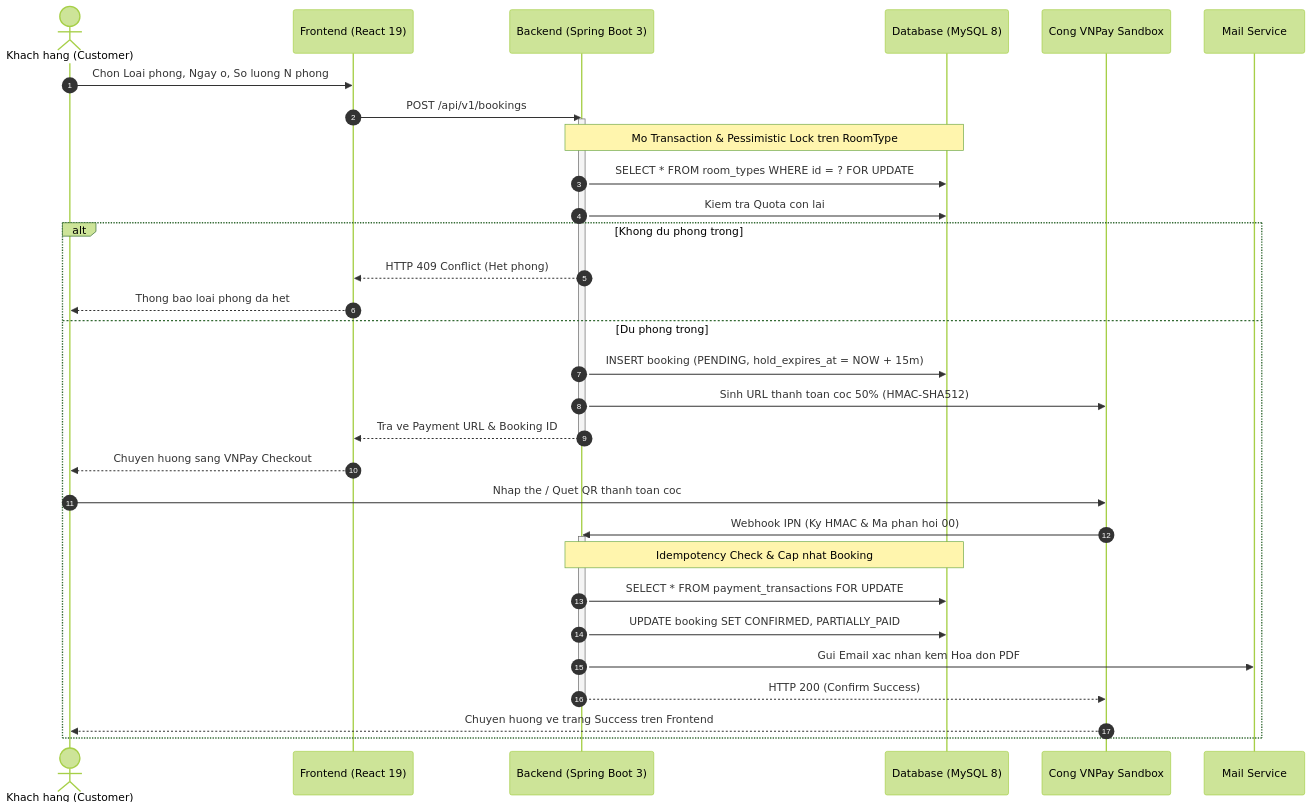
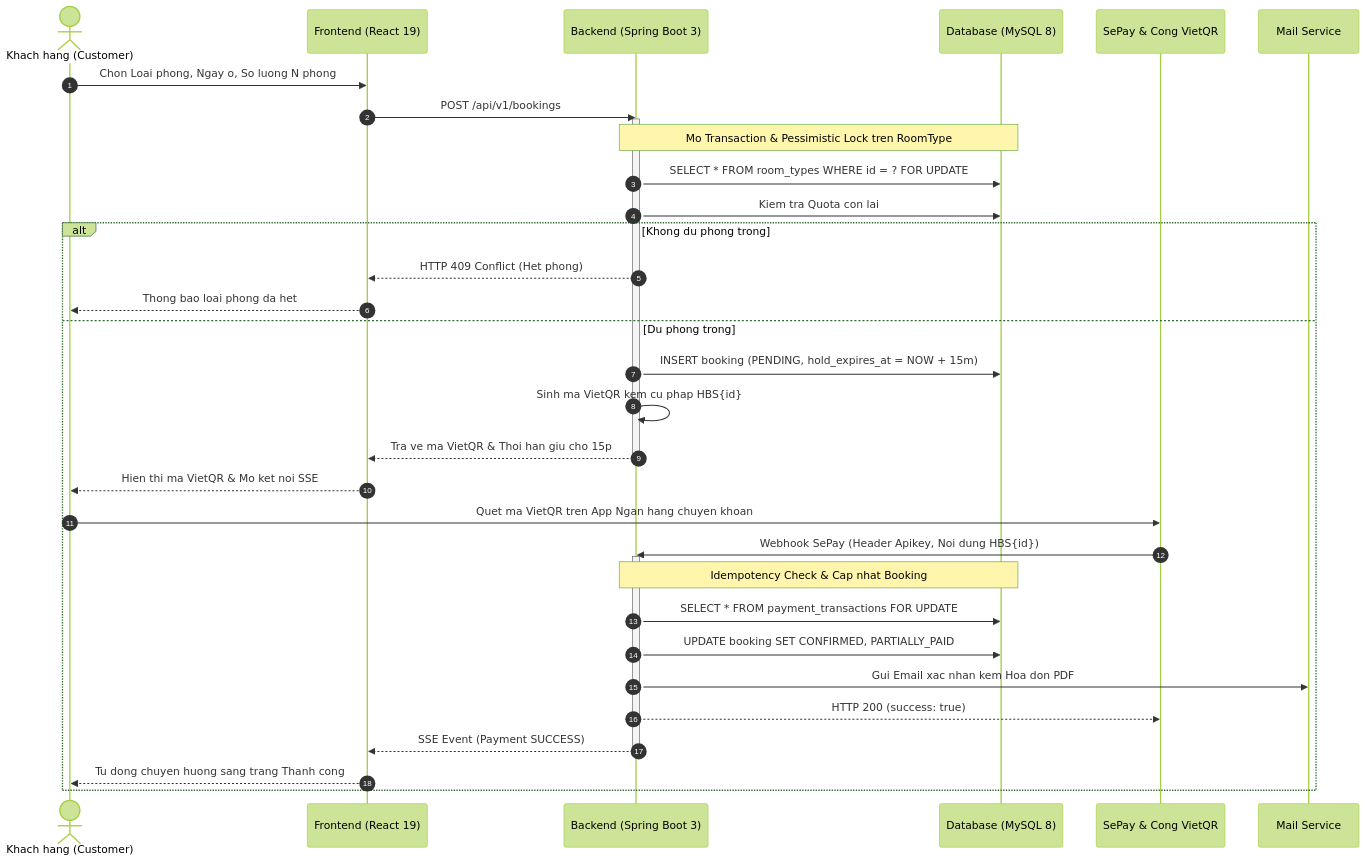
The fifth of 11 diagrams in docs/SRS.md (Huidinne/Hotel-Booking-System_HBS), drawn with Mermaid (forest theme) before and after one commit. The commit also changed other lines of this file and 4 other files, not shown here.

````diff
--- a/docs/SRS.md
+++ b/docs/SRS.md
@@ -429,37 +429,38 @@
 ```mermaid
 sequenceDiagram
     autonumber
     actor C as Khach hang (Customer)
     participant FE as Frontend (React 19)
     participant BE as Backend (Spring Boot 3)
     participant DB as Database (MySQL 8)
-    participant VN as Cong VNPay Sandbox
+    participant SP as SePay & Cong VietQR
     participant Mail as Mail Service
 
     C->>FE: Chon Loai phong, Ngay o, So luong N phong
     FE->>BE: POST /api/v1/bookings
     activate BE
     Note over BE,DB: Mo Transaction & Pessimistic Lock tren RoomType
     BE->>DB: SELECT * FROM room_types WHERE id = ? FOR UPDATE
     BE->>DB: Kiem tra Quota con lai
     alt Khong du phong trong
         BE-->>FE: HTTP 409 Conflict (Het phong)
         FE-->>C: Thong bao loai phong da het
     else Du phong trong
         BE->>DB: INSERT booking (PENDING, hold_expires_at = NOW + 15m)
-        BE->>VN: Sinh URL thanh toan coc 50% (HMAC-SHA512)
-        BE-->>FE: Tra ve Payment URL & Booking ID
+        BE->>BE: Sinh ma VietQR kem cu phap HBS{id}
+        BE-->>FE: Tra ve ma VietQR & Thoi han giu cho 15p
         deactivate BE
-        FE-->>C: Chuyen huong sang VNPay Checkout
-        C->>VN: Nhap the / Quet QR thanh toan coc
-        VN->>BE: Webhook IPN (Ky HMAC & Ma phan hoi 00)
+        FE-->>C: Hien thi ma VietQR & Mo ket noi SSE
+        C->>SP: Quet ma VietQR tren App Ngan hang chuyen khoan
+        SP->>BE: Webhook SePay (Header Apikey, Noi dung HBS{id})
         activate BE
         Note over BE,DB: Idempotency Check & Cap nhat Booking
         BE->>DB: SELECT * FROM payment_transactions FOR UPDATE
         BE->>DB: UPDATE booking SET CONFIRMED, PARTIALLY_PAID
         BE->>Mail: Gui Email xac nhan kem Hoa don PDF
-        BE-->>VN: HTTP 200 (Confirm Success)
+        BE-->>SP: HTTP 200 (success: true)
+        BE-->>FE: SSE Event (Payment SUCCESS)
         deactivate BE
-        VN-->>C: Chuyen huong ve trang Success tren Frontend
+        FE-->>C: Tu dong chuyen huong sang trang Thanh cong
     end
 ```
````
